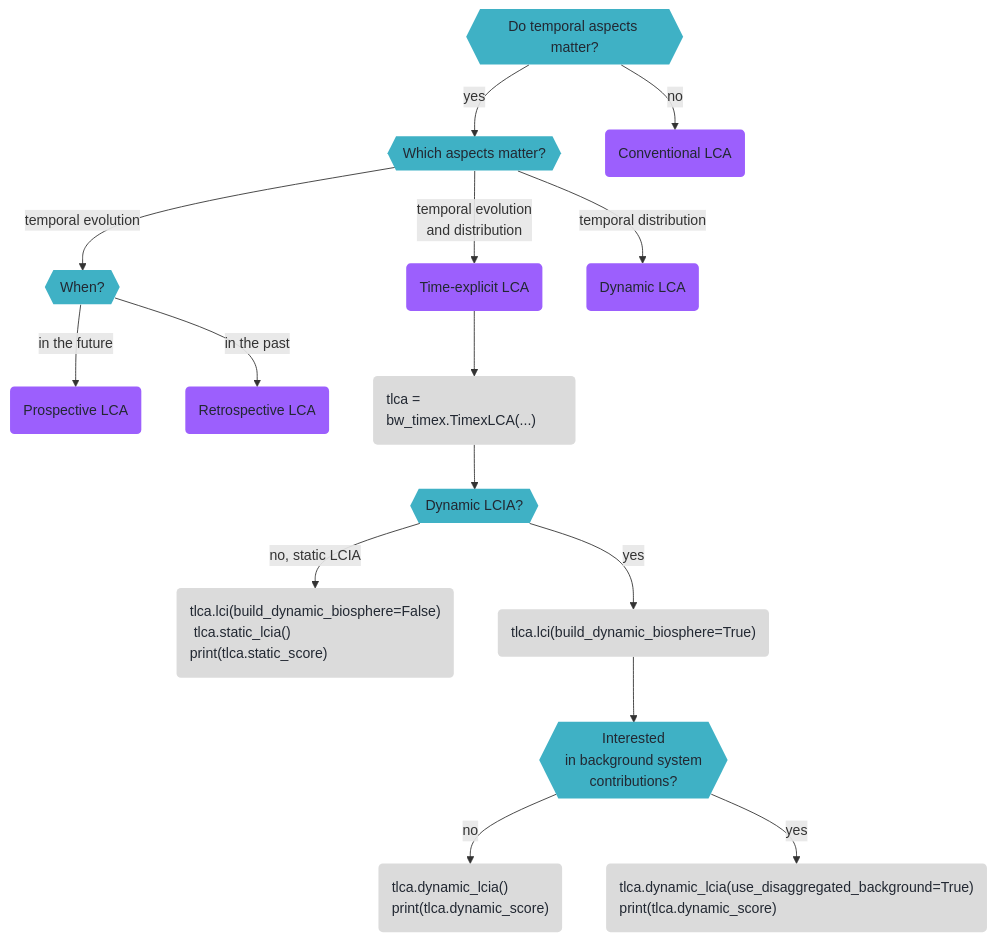
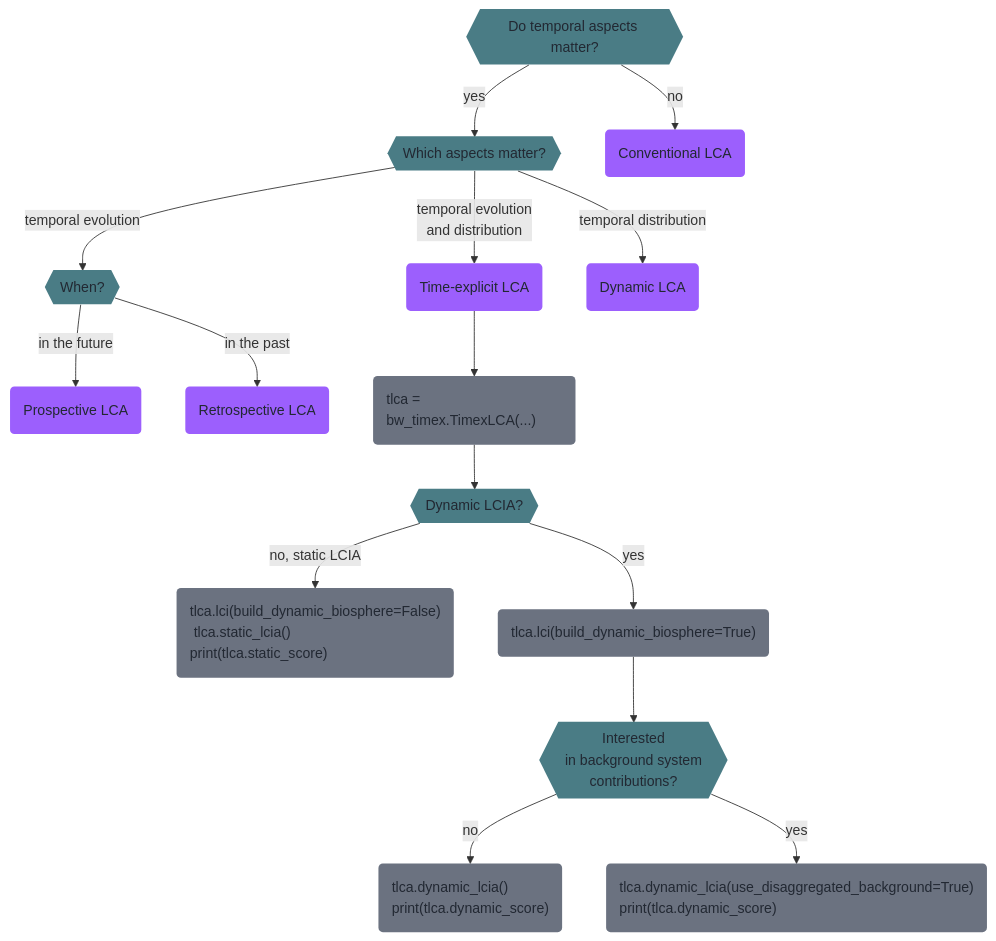
Before and after one commit to brightway-lca/bw_timex: the first of 3 diagrams in docs/content/decisiontree.md, drawn with Mermaid.

Commit message:
docs: darken decision/codeNode mermaid fills so text is readable either way
Chasing the CSS specificity fight (Zensical's .nodeLabel color rule
winning over classDef for nodes rendered as HTML labels) wasn't
reliably fixing this - hexagon decision nodes and the multi-line
code nodes may render their text via a color the theme controls
rather than the classDef, so the actual color can vary by mode
regardless of classDef. Sidestep it: pick fill colors dark/mid-tone
enough that both a light and a dark text color stay legible on them,
same approach as the site's other diagrams. lcaType nodes were never
affected (single-line, non-hexagon) so its bright purple is
unchanged. Also reformatted the classDef syntax (color, fill, stroke
order with spacing) to match the other diagrams in the docs.

````diff
--- a/docs/content/decisiontree.md
+++ b/docs/content/decisiontree.md
@@ -9,41 +9,41 @@
 ```mermaid
 flowchart TD
     %% Define node classes
-    classDef decision fill:#3fb1c5,color:#222832,stroke:none;
-    classDef lcaType fill:#9c5ffd,color:#222832,stroke:none;
-    classDef codeNode fill:#DBDBDB,text-align:left,color:#222832,stroke:none;
+    classDef decision color:#222832, fill:#4a7c85, stroke:none;
+    classDef lcaType color:#222832, fill:#9c5ffd, stroke:none;
+    classDef codeNode color:#222832, fill:#6b7280, text-align:left, stroke:none;
 
     TimingDecision{{"Do temporal aspects matter?"}}:::decision
     AspectDecision{{"Which aspects matter?"}}:::decision
     ConventionalLCA("Conventional LCA"):::lcaType
     WhenDecision{{"When?"}}:::decision
     ProspectiveLCA("Prospective LCA"):::lcaType
     RetrospectiveLCA("Retrospective LCA"):::lcaType
     TimeExplicitLCA("Time-explicit LCA"):::lcaType
     CodeTimeExplicit("tlca = bw_timex.TimexLCA(...)"):::codeNode
     DynamicLCA("Dynamic LCA"):::lcaType
     DynamicLCIADecision{{"Dynamic LCIA?"}}:::decision
     CodeStaticLCIA("tlca.lci(build_dynamic_biosphere=False)\n tlca.static_lcia()\nprint(tlca.static_score)"):::codeNode
     CodeDynamicLCI("tlca.lci(build_dynamic_biosphere=True)"):::codeNode
     BackgroundDecision{{"Interested \n in background system \n contributions?"}}:::decision
     CodeDynamicLCIA("tlca.dynamic_lcia()\nprint(tlca.dynamic_score)"):::codeNode
     CodeDisaggregatedLCIA("tlca.dynamic_lcia(use_disaggregated_background=True)\nprint(tlca.dynamic_score)"):::codeNode
 
 
 
     %% Define connections
     TimingDecision -- "yes" --> AspectDecision
     TimingDecision -- "no" --> ConventionalLCA
     AspectDecision -- "temporal evolution" --> WhenDecision
     AspectDecision -- "temporal distribution" --> DynamicLCA
     AspectDecision -- "temporal evolution \n and distribution" --> TimeExplicitLCA
     WhenDecision -- "in the future" --> ProspectiveLCA
     WhenDecision -- "in the past" --> RetrospectiveLCA
     TimeExplicitLCA --> CodeTimeExplicit
     CodeTimeExplicit --> DynamicLCIADecision
     DynamicLCIADecision -- "no, static LCIA" --> CodeStaticLCIA
     DynamicLCIADecision -- "yes" --> CodeDynamicLCI
     CodeDynamicLCI --> BackgroundDecision
     BackgroundDecision -- "no" --> CodeDynamicLCIA
     BackgroundDecision -- "yes" --> CodeDisaggregatedLCIA
 ```
````
